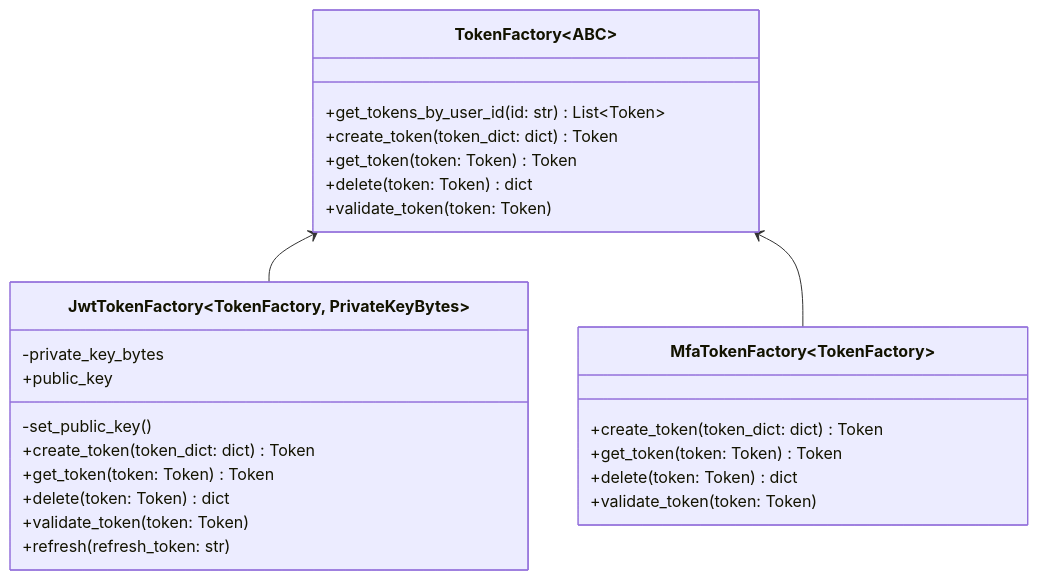
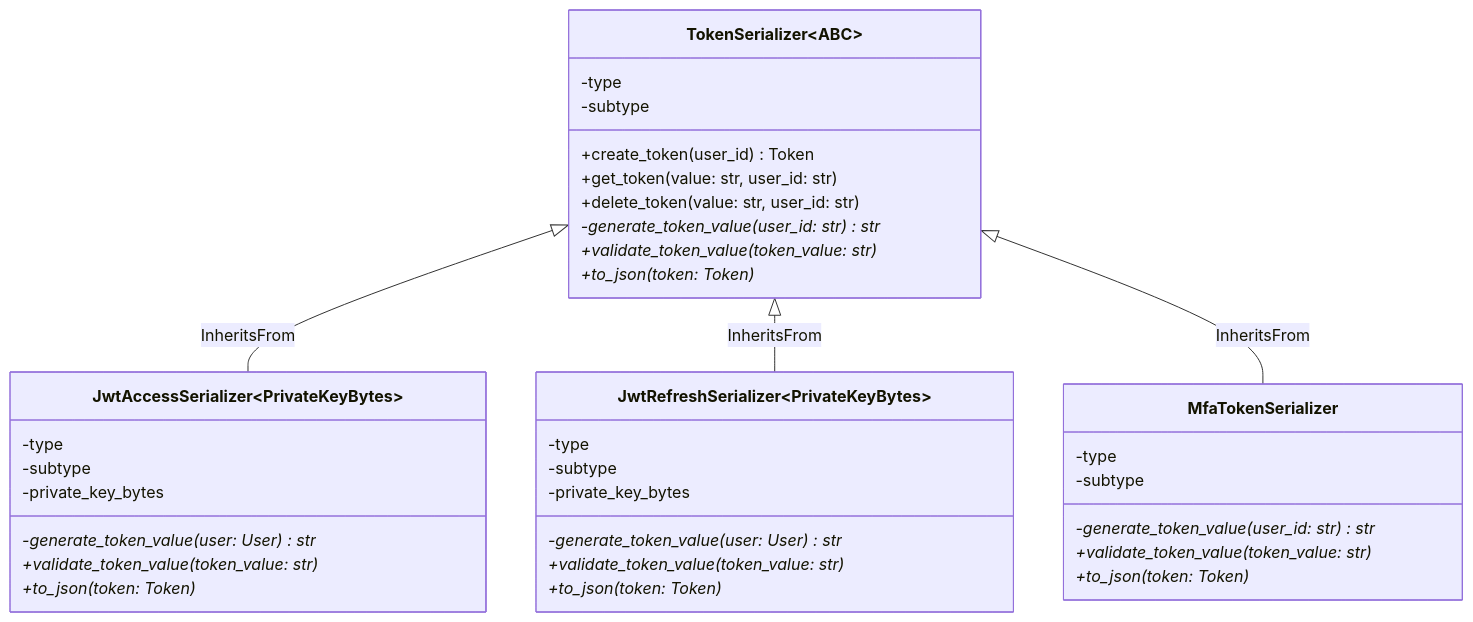
One commit to imchristianlowe/imchristianlowe.github.io changed the sixth of 8 diagrams in _posts/2022-11-13-project-design-serverless-auth.md. Above: the diagram before and after it, drawn with Mermaid. The commit also changed other lines of this file, not shown here.

Commit message:
Update serverless auth

````diff
--- a/_posts/2022-11-13-project-design-serverless-auth.md
+++ b/_posts/2022-11-13-project-design-serverless-auth.md
@@ -389,34 +388,48 @@
 ```mermaid
 classDiagram
-    class TokenFactory~ABC~{
-        +get_tokens_by_user_id(id: str) List~Token~
-        +create_token(token_dict: dict) Token
-        +get_token(token: Token) Token
-        +delete(token: Token) dict
-        +validate_token(token: Token)
+    class TokenSerializer~ABC~{
+        -type
+        -subtype
+
+        +create_token(user_id) Token
+        +get_token(value: str, user_id: str)
+        +delete_token(value: str, user_id: str)
+
+        -generate_token_value(user_id: str)* str
+        +validate_token_value(token_value: str)*
+        +to_json(token: Token)*
     }
 
-    class JwtTokenFactory~TokenFactory, PrivateKeyBytes~{
+    class JwtAccessSerializer~PrivateKeyBytes~{
+        -type
+        -subtype
         -private_key_bytes
 
-        +public_key
-        
-        -set_public_key()
-        
-        +create_token(token_dict: dict) Token
-        +get_token(token: Token) Token
-        +delete(token: Token) dict
-        +validate_token(token: Token)
-        +refresh(refresh_token: str)
+        -generate_token_value(user: User)* str
+        +validate_token_value(token_value: str)*
+        +to_json(token: Token)*
     }
 
-    class MfaTokenFactory~TokenFactory~{
-        +create_token(token_dict: dict) Token
-        +get_token(token: Token) Token
-        +delete(token: Token) dict
-        +validate_token(token: Token)
+    class JwtRefreshSerializer~PrivateKeyBytes~{
+        -type
+        -subtype
+        -private_key_bytes
+
+        -generate_token_value(user: User)* str
+        +validate_token_value(token_value: str)*
+        +to_json(token: Token)*
     }
 
-    TokenFactory <-- JwtTokenFactory
-    TokenFactory <-- MfaTokenFactory
+    class MfaTokenSerializer{
+        -type
+        -subtype
+
+        -generate_token_value(user_id: str)* str
+        +validate_token_value(token_value: str)*
+        +to_json(token: Token)*
+    }
+
+    TokenSerializer <|-- JwtAccessSerializer : InheritsFrom
+    TokenSerializer <|-- JwtRefreshSerializer : InheritsFrom
+    TokenSerializer <|-- MfaTokenSerializer : InheritsFrom
 ```
````
